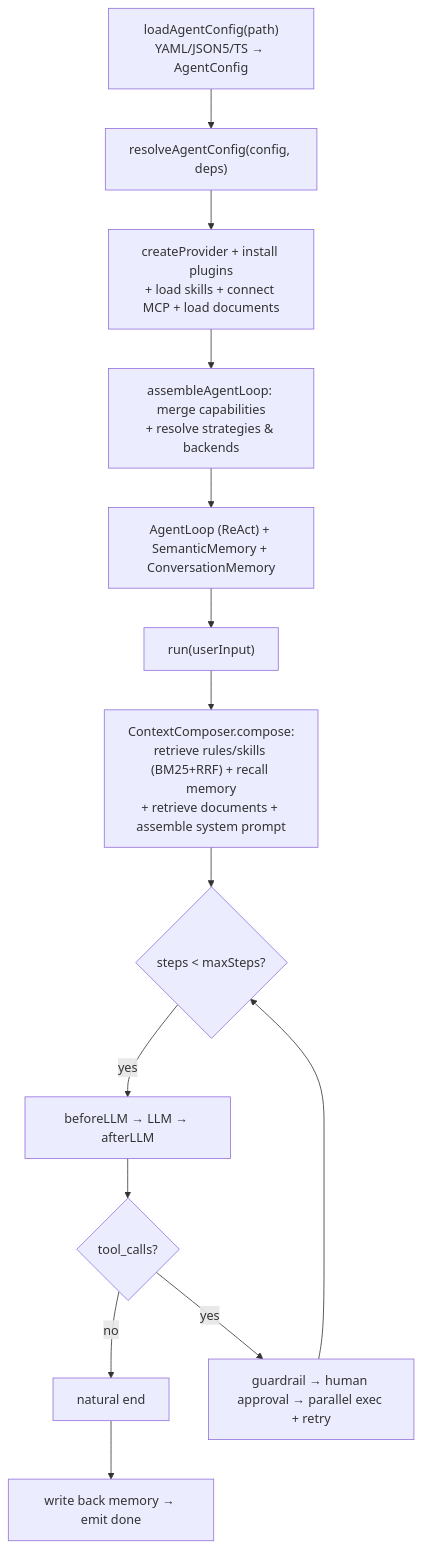
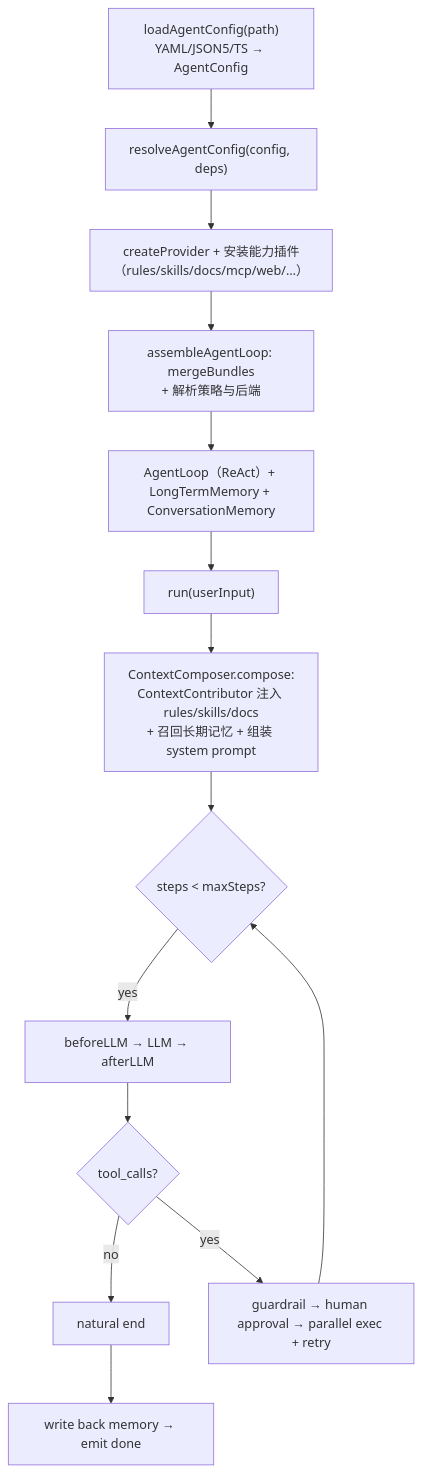
Before and after one commit to lhx-space/agent-engine: the diagram in README.md, drawn with Mermaid. The commit also changed other lines of this file and 2 other files, not shown here.

````diff
--- a/README.md
+++ b/README.md
@@ -206,17 +212,17 @@
 ```mermaid
 flowchart TD
     A["loadAgentConfig(path)<br/>YAML/JSON5/TS → AgentConfig"] --> B["resolveAgentConfig(config, deps)"]
-    B --> C["createProvider + install plugins<br/>+ load skills + connect MCP + load documents"]
-    C --> D["assembleAgentLoop: merge capabilities<br/>+ resolve strategies & backends"]
-    D --> E["AgentLoop (ReAct) + SemanticMemory + ConversationMemory"]
+    B --> C["createProvider + 安装能力插件<br/>（rules/skills/docs/mcp/web/…）"]
+    C --> D["assembleAgentLoop: mergeBundles<br/>+ 解析策略与后端"]
+    D --> E["AgentLoop（ReAct）+ LongTermMemory + ConversationMemory"]
 
     E --> R["run(userInput)"]
-    R --> S["ContextComposer.compose:<br/>retrieve rules/skills (BM25+RRF) + recall memory<br/>+ retrieve documents + assemble system prompt"]
+    R --> S["ContextComposer.compose:<br/>ContextContributor 注入 rules/skills/docs<br/>+ 召回长期记忆 + 组装 system prompt"]
     S --> V{"steps < maxSteps?"}
     V -- yes --> W["beforeLLM → LLM → afterLLM"]
     W --> X{"tool_calls?"}
     X -- no --> Y["natural end"]
     X -- yes --> Z["guardrail → human approval → parallel exec + retry"]
     Z --> V
     Y --> AB["write back memory → emit done"]
 ```
````
